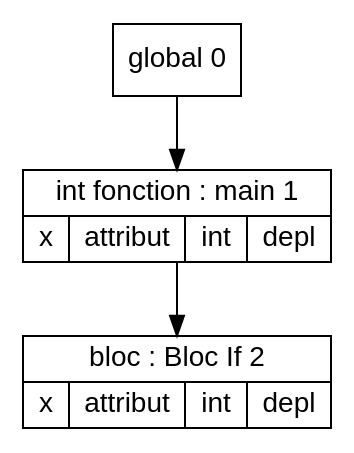
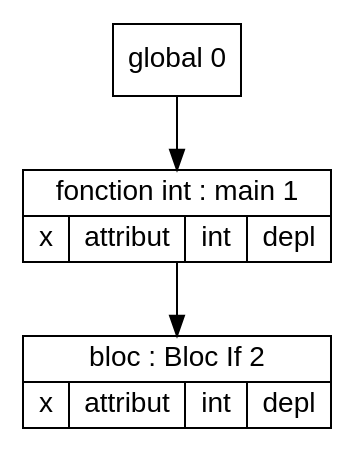
One commit to Hamza-ABDOULHOUSSEN/compil changed the diagram in Code/out/tds/dot/Test_Semantique/variables1.dot. Above: the diagram before and after it, drawn with Graphviz. The commit also changed 7 other files, not shown here.

```diff
--- a/Code/out/tds/dot/Test_Semantique/variables1.dot
+++ b/Code/out/tds/dot/Test_Semantique/variables1.dot
@@ -1,19 +1,19 @@
 digraph "tds"{
 
 	node [fontname="Arial"];
 
 	N2 [shape=record label="{ bloc : Bloc If  2
 	| { x | attribut | int | depl }
 	}"];
 
-	N1 [shape=record label="{ int fonction : main 1
+	N1 [shape=record label="{ fonction int : main 1
 	| { x | attribut | int | depl }
 	}"];
 
 	N0 [shape=record label="{ global 0
 	}"];
 
 
 	N0 -> N1; 
 	N1 -> N2; 
 }
```
